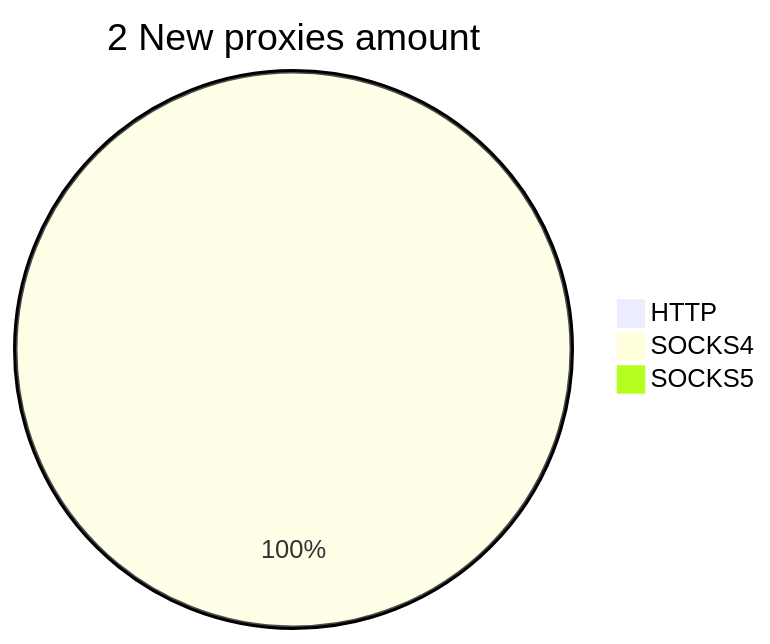
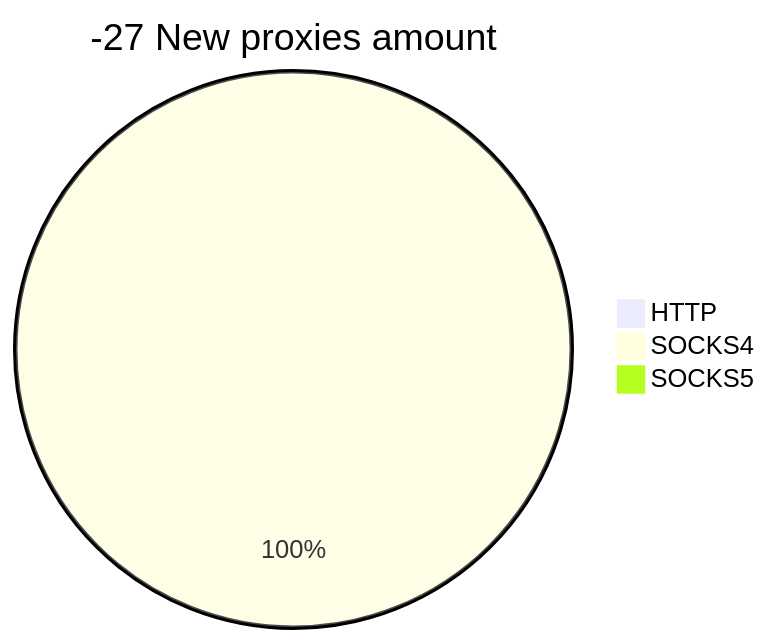
The second of 2 diagrams in README.md (cutipu/proxylist), drawn with Mermaid before and after one commit. The commit also changed other lines of this file, not shown here.

````diff
--- a/README.md
+++ b/README.md
@@ -10,6 +10,6 @@
 ```mermaid
-pie title 2 New proxies amount
+pie title -27 New proxies amount
     "HTTP" : 0
-    "SOCKS4" : 4
+    "SOCKS4" : 2
     "SOCKS5" : 0
 ```
````
